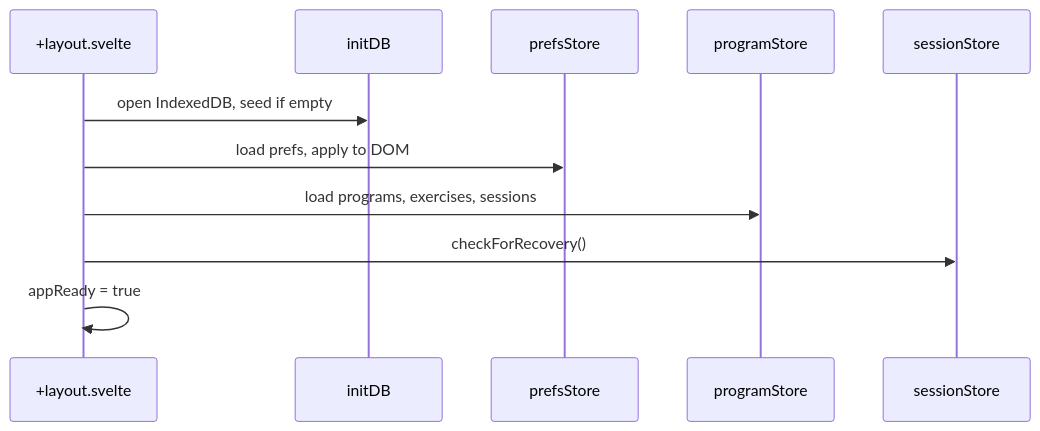
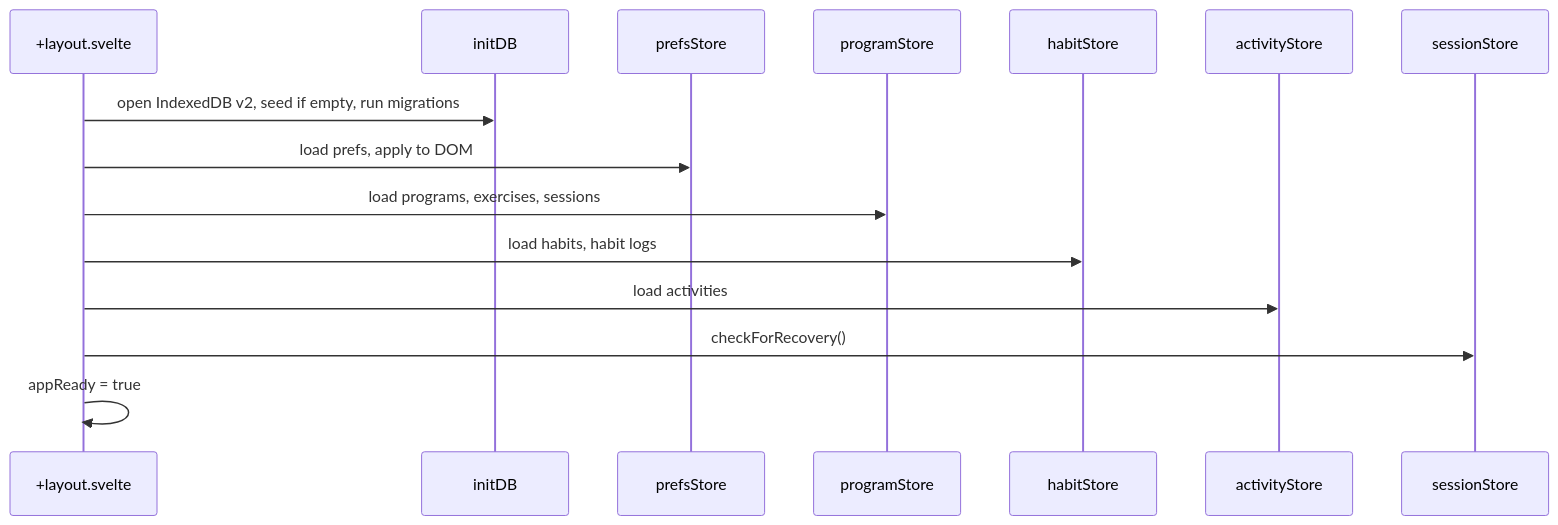
Before and after one commit to jermbo/CosmicWorkOut: the second of 2 diagrams in docs/implementation/app-structure.md, drawn with Mermaid. The commit also changed other lines of this file and 97 other files, not shown here.

````diff
--- a/docs/implementation/app-structure.md
+++ b/docs/implementation/app-structure.md
@@ -45,14 +53,18 @@
 ```mermaid
 sequenceDiagram
     participant L as +layout.svelte
     participant DB as initDB
     participant P as prefsStore
     participant Prog as programStore
+    participant H as habitStore
+    participant A as activityStore
     participant S as sessionStore
 
-    L->>DB: open IndexedDB, seed if empty
+    L->>DB: open IndexedDB v2, seed if empty, run migrations
     L->>P: load prefs, apply to DOM
     L->>Prog: load programs, exercises, sessions
+    L->>H: load habits, habit logs
+    L->>A: load activities
     L->>S: checkForRecovery()
     L->>L: appReady = true
 ```
````
